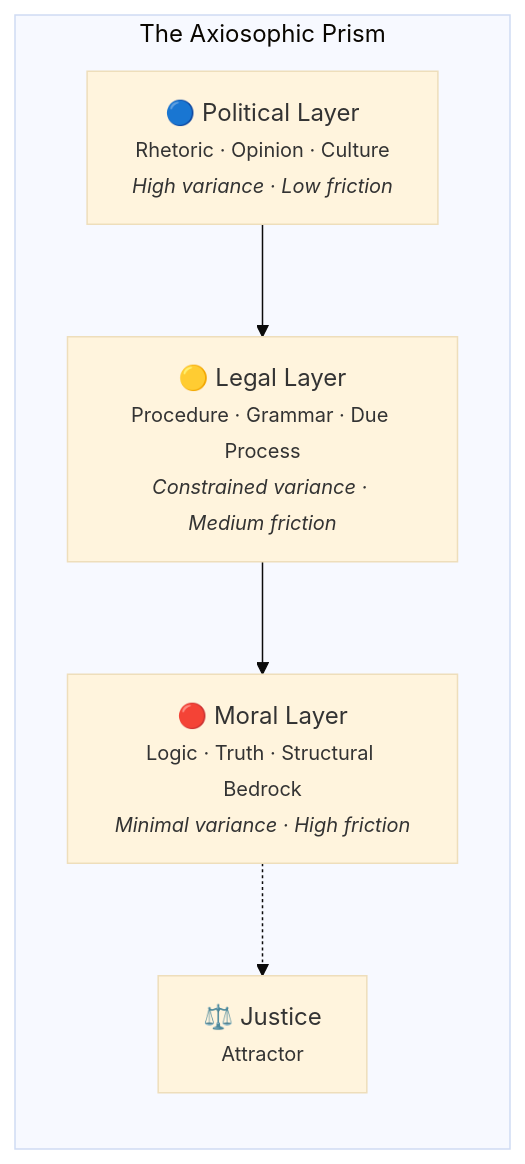
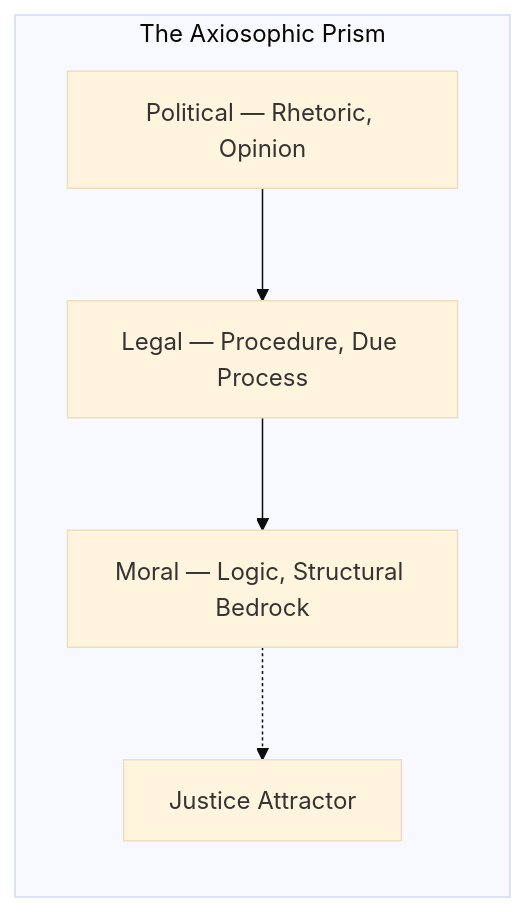
The second of 2 diagrams in content/blog/axiosophy.md (nrdxp/nrd.sh), drawn with Mermaid (base theme) before and after one commit.

Commit message:
blog/fix: simplify Prism mermaid to avoid text clipping
Strip HTML formatting (<small>, <br/>, emoji) from node labels.
The variance/friction details already live in the table below;
the diagram's job is to show vertical structure and convergence.
Renders cleanly on any mermaid engine now.

````diff
--- a/content/blog/axiosophy.md
+++ b/content/blog/axiosophy.md
@@ -200,11 +200,11 @@
 ```mermaid
 graph TD
     subgraph "The Axiosophic Prism"
         direction TB
-        P1["🔵 Political Layer<br/><small>Rhetoric · Opinion · Culture</small><br/><small><i>High variance · Low friction</i></small>"]
-        P2["🟡 Legal Layer<br/><small>Procedure · Grammar · Due Process</small><br/><small><i>Constrained variance · Medium friction</i></small>"]
-        P3["🔴 Moral Layer<br/><small>Logic · Truth · Structural Bedrock</small><br/><small><i>Minimal variance · High friction</i></small>"]
+        P1["Political — Rhetoric, Opinion"]
+        P2["Legal — Procedure, Due Process"]
+        P3["Moral — Logic, Structural Bedrock"]
         P1 --> P2 --> P3
-        P3 -.-> A["⚖️ Justice<br/><small>Attractor</small>"]
+        P3 -.-> A["Justice Attractor"]
     end
 ```
````
